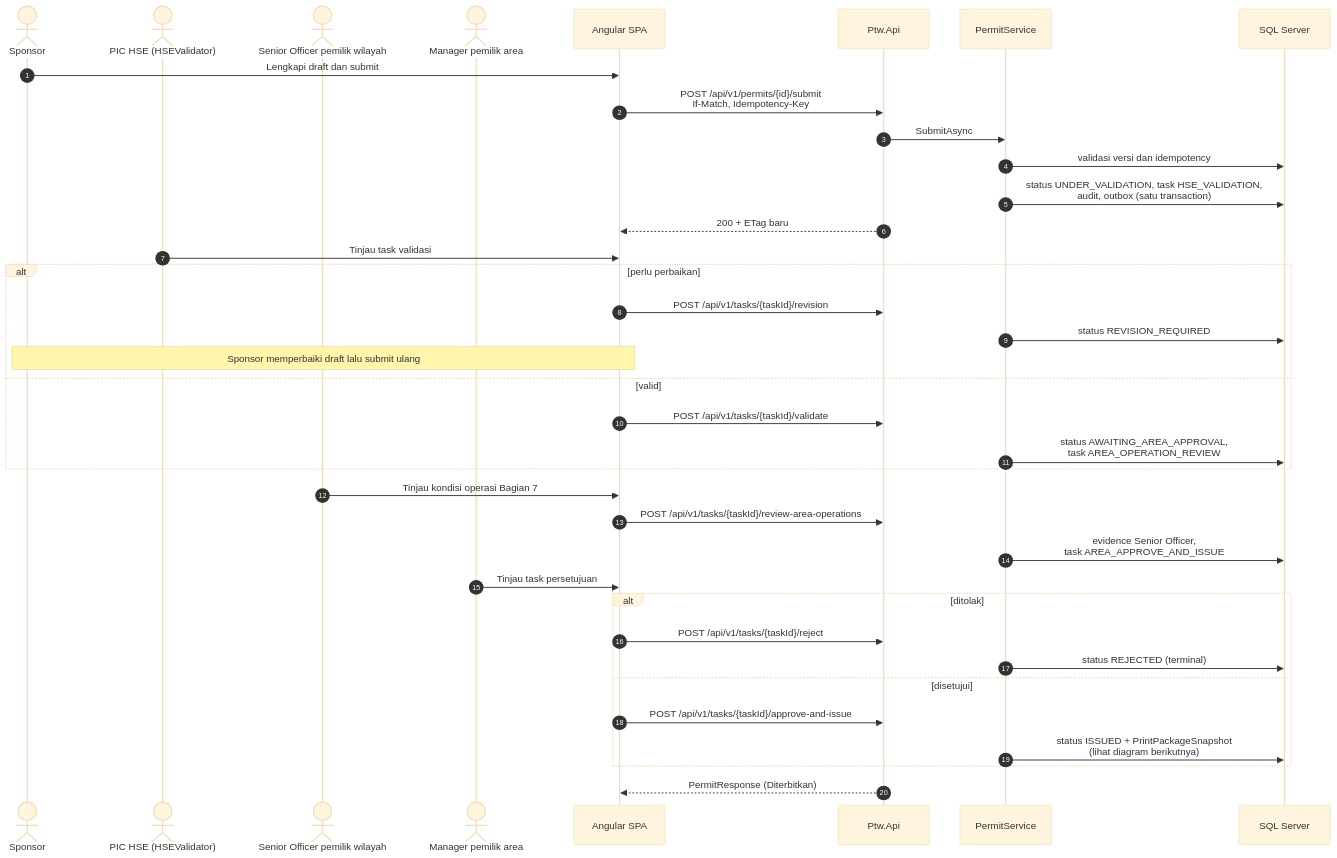
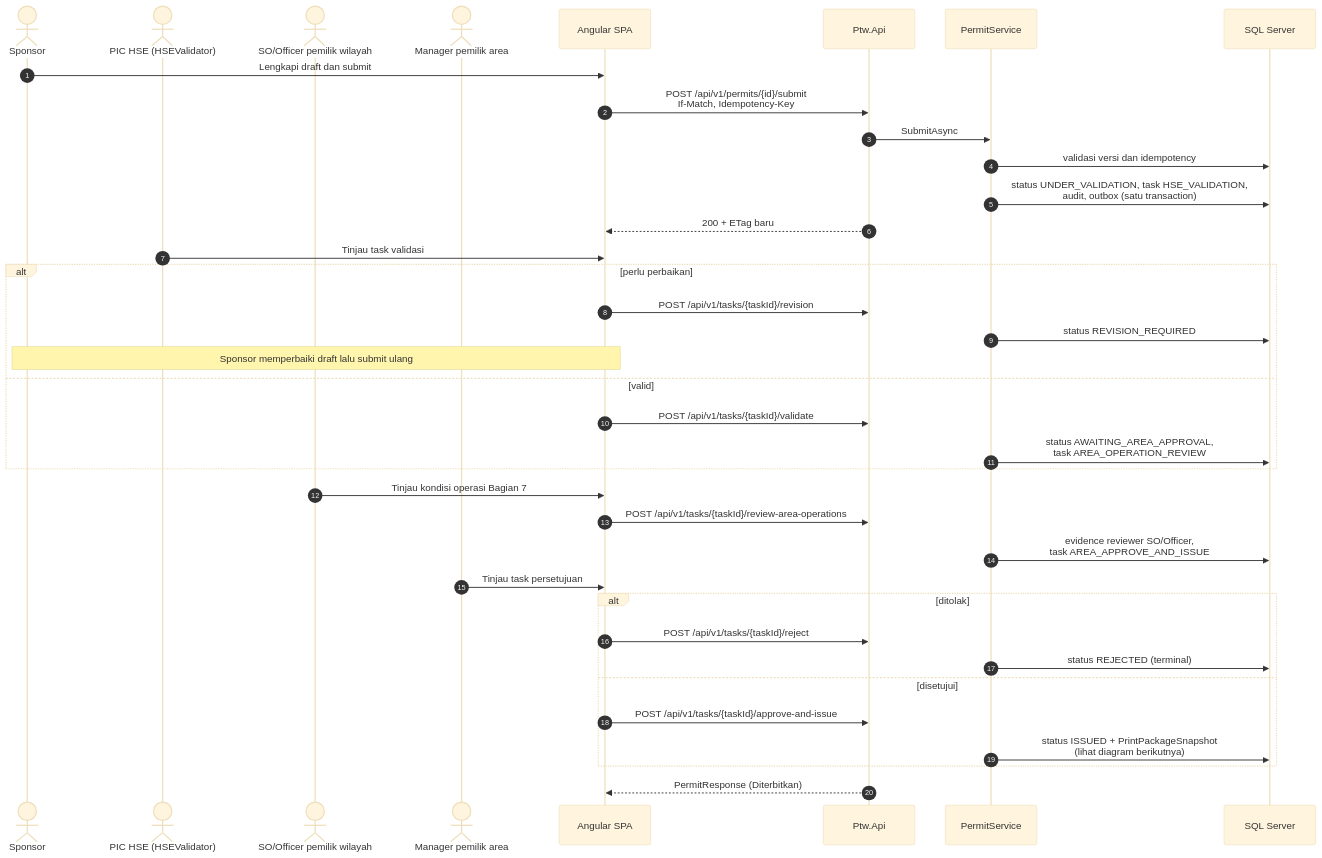
Before and after one commit to NusantaraRegas/ptw-online: the fourth of 5 diagrams in README.md, drawn with Mermaid (base theme). The commit also changed other lines of this file and 31 other files, not shown here.

First line of the commit message:
feat: SO/Officer reviewer pool, controlled direct role assignments, and refreshed agent guidance

````diff
--- a/README.md
+++ b/README.md
@@ -189,43 +190,43 @@
 ```mermaid
 sequenceDiagram
   autonumber
   actor Sponsor
   actor HSE as PIC HSE (HSEValidator)
-  actor SO as Senior Officer pemilik wilayah
+  actor SO as SO/Officer pemilik wilayah
   actor Mgr as Manager pemilik area
   participant SPA as Angular SPA
   participant API as Ptw.Api
   participant SVC as PermitService
   participant DB as SQL Server
 
   Sponsor->>SPA: Lengkapi draft dan submit
   SPA->>API: POST /api/v1/permits/{id}/submit<br/>If-Match, Idempotency-Key
   API->>SVC: SubmitAsync
   SVC->>DB: validasi versi dan idempotency
   SVC->>DB: status UNDER_VALIDATION, task HSE_VALIDATION,<br/>audit, outbox (satu transaction)
   API-->>SPA: 200 + ETag baru
 
   HSE->>SPA: Tinjau task validasi
   alt perlu perbaikan
     SPA->>API: POST /api/v1/tasks/{taskId}/revision
     SVC->>DB: status REVISION_REQUIRED
     Note over Sponsor,SPA: Sponsor memperbaiki draft lalu submit ulang
   else valid
     SPA->>API: POST /api/v1/tasks/{taskId}/validate
     SVC->>DB: status AWAITING_AREA_APPROVAL,<br/>task AREA_OPERATION_REVIEW
   end
 
   SO->>SPA: Tinjau kondisi operasi Bagian 7
   SPA->>API: POST /api/v1/tasks/{taskId}/review-area-operations
-  SVC->>DB: evidence Senior Officer,<br/>task AREA_APPROVE_AND_ISSUE
+  SVC->>DB: evidence reviewer SO/Officer,<br/>task AREA_APPROVE_AND_ISSUE
 
   Mgr->>SPA: Tinjau task persetujuan
   alt ditolak
     SPA->>API: POST /api/v1/tasks/{taskId}/reject
     SVC->>DB: status REJECTED (terminal)
   else disetujui
     SPA->>API: POST /api/v1/tasks/{taskId}/approve-and-issue
     SVC->>DB: status ISSUED + PrintPackageSnapshot<br/>(lihat diagram berikutnya)
   end
   API-->>SPA: PermitResponse (Diterbitkan)
 ```
````
